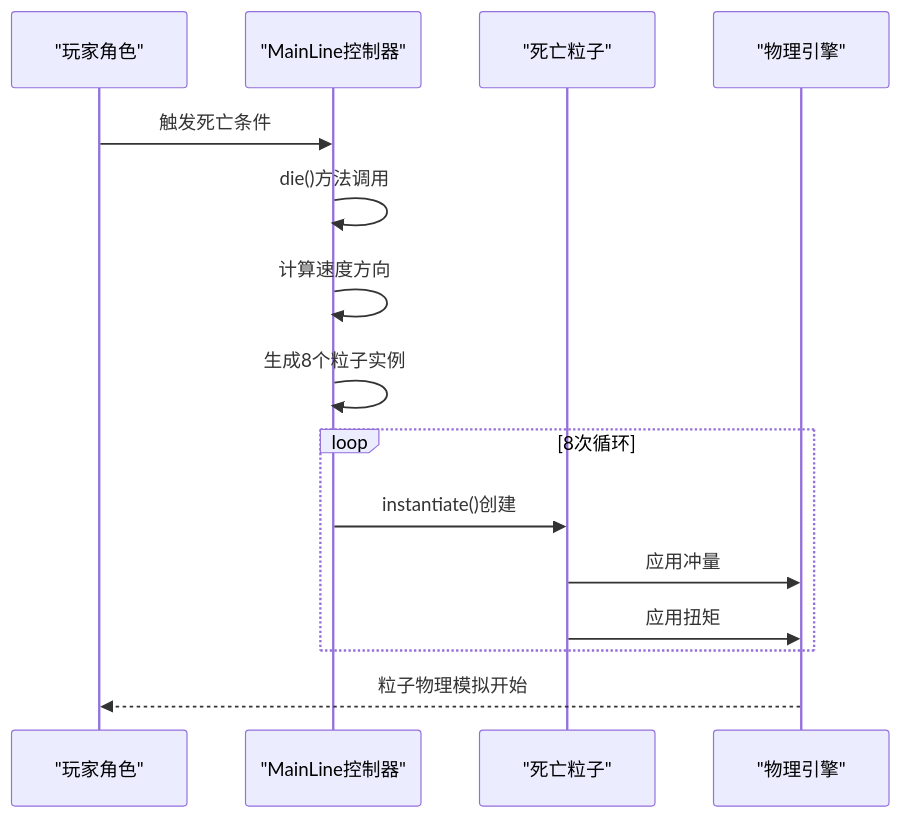
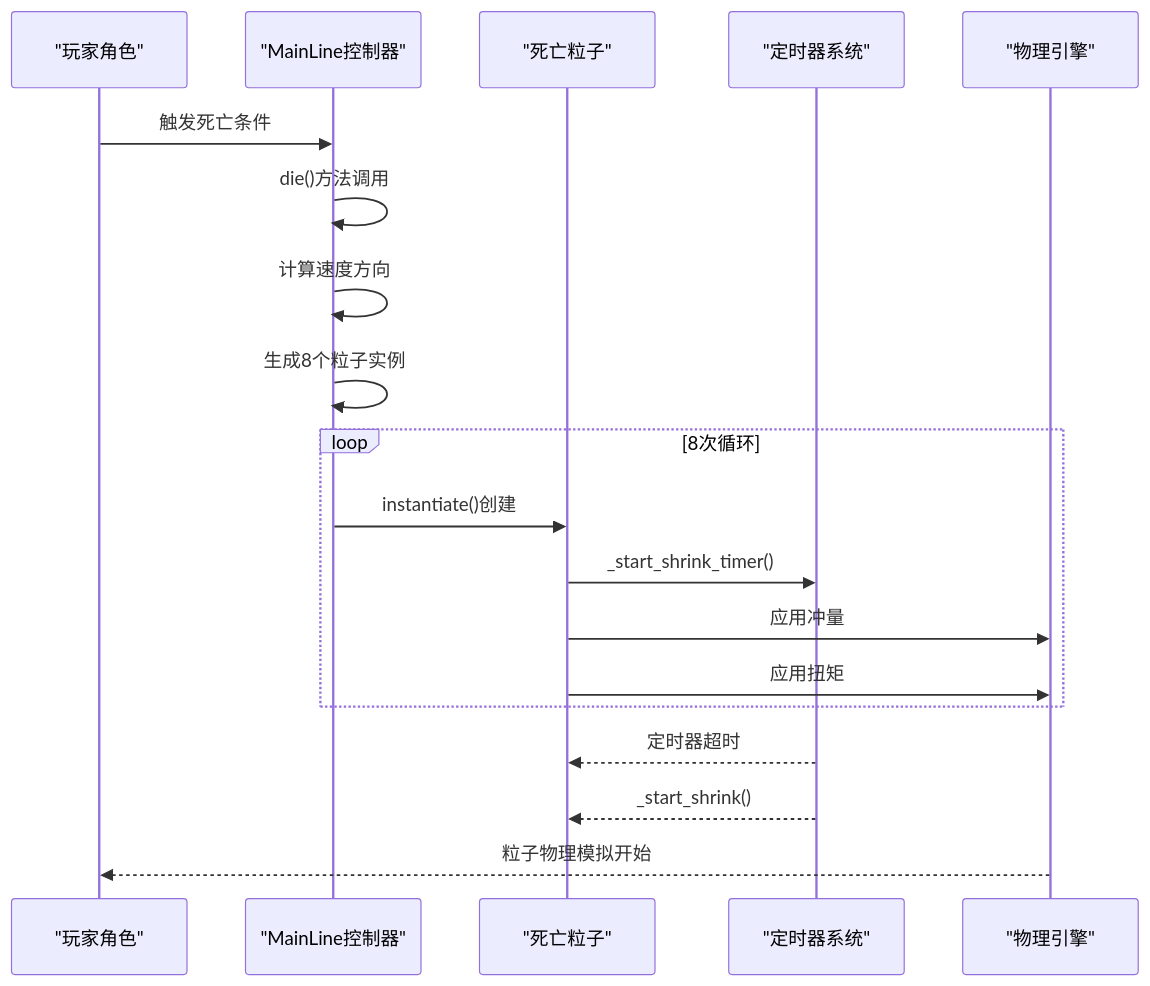
One commit to godotline/godot-line changed the third of 10 diagrams in .qoder/repowiki/zh/content/游戏系统/触发器系统/特殊效果触发器/死亡粒子系统.md. Above: the diagram before and after it, drawn with Mermaid. The commit also changed other lines of this file and 28 other files, not shown here.

````diff
--- a/.qoder/repowiki/zh/content/游戏系统/触发器系统/特殊效果触发器/死亡粒子系统.md
+++ b/.qoder/repowiki/zh/content/游戏系统/触发器系统/特殊效果触发器/死亡粒子系统.md
@@ -107,17 +132,21 @@
 ```mermaid
 sequenceDiagram
 participant Player as "玩家角色"
 participant MainLine as "MainLine控制器"
 participant Particle as "死亡粒子"
+participant Timer as "定时器系统"
 participant Physics as "物理引擎"
 Player->>MainLine : 触发死亡条件
 MainLine->>MainLine : die()方法调用
 MainLine->>MainLine : 计算速度方向
 MainLine->>MainLine : 生成8个粒子实例
 loop 8次循环
 MainLine->>Particle : instantiate()创建
+Particle->>Timer : _start_shrink_timer()
 Particle->>Physics : 应用冲量
 Particle->>Physics : 应用扭矩
 end
+Timer-->>Particle : 定时器超时
+Timer-->>Particle : _start_shrink()
 Physics-->>Player : 粒子物理模拟开始
 ```
````
